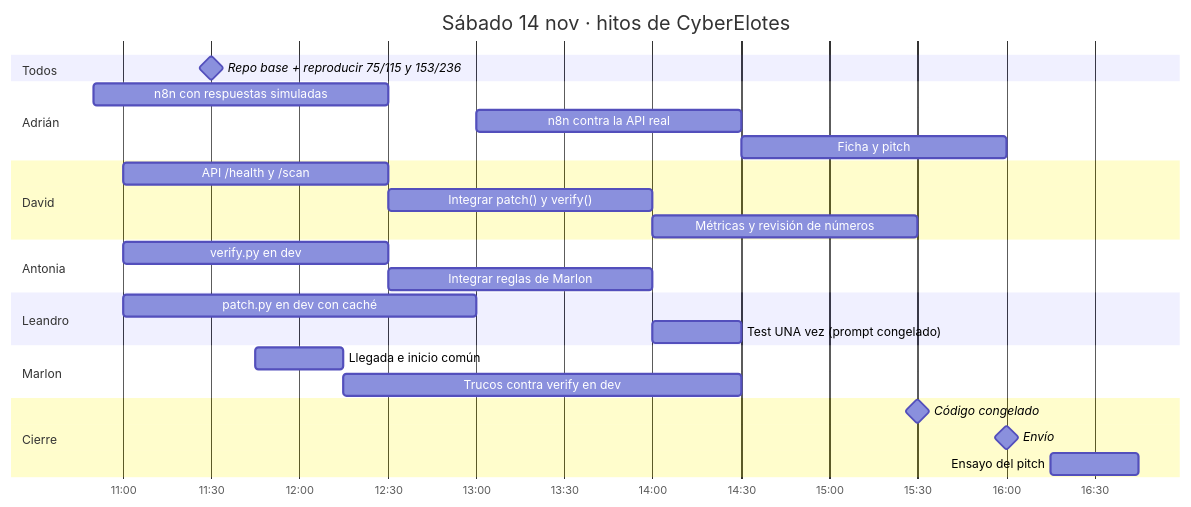
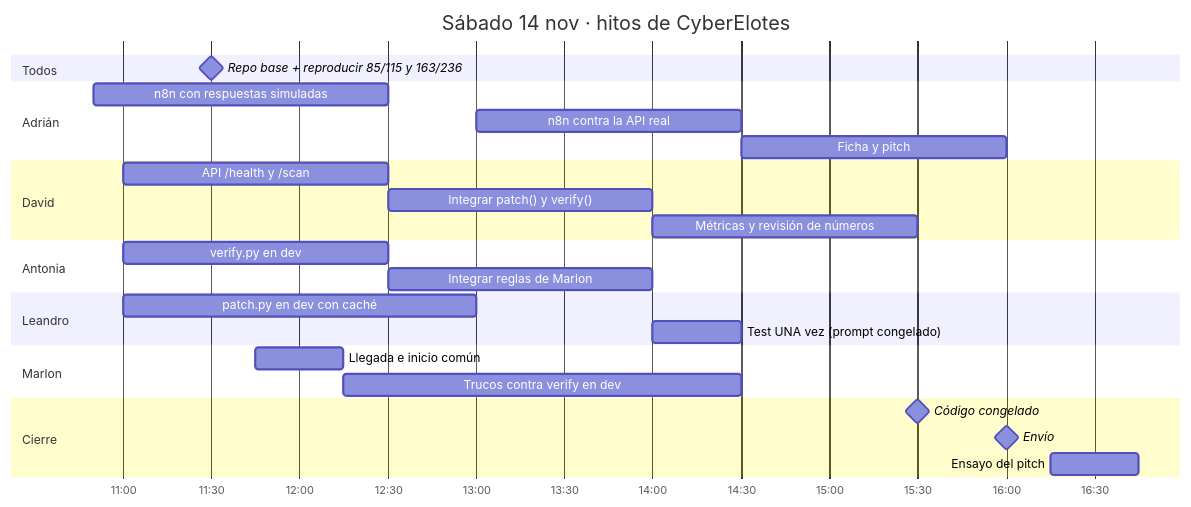
Before and after one commit to da600vo/DeffAcc: the diagram in docs/4_cronograma.mmd, drawn with Mermaid. The commit also changed 12 other files, not shown here.

```diff
--- a/docs/4_cronograma.mmd
+++ b/docs/4_cronograma.mmd
@@ -1,28 +1,28 @@
 gantt
   title Sábado 14 nov · hitos de CyberElotes
   dateFormat HH:mm
   axisFormat %H:%M
   todayMarker off
   section Todos
-  Repo base + reproducir 75/115 y 153/236 :milestone, 11:30, 0m
+  Repo base + reproducir 85/115 y 163/236 :milestone, 11:30, 0m
   section Adrián
   n8n con respuestas simuladas      :a1, 10:50, 100m
   n8n contra la API real            :a2, 13:00, 90m
   Ficha y pitch                     :a3, 14:30, 90m
   section David
   API /health y /scan               :d1, 11:00, 90m
   Integrar patch() y verify()       :d2, 12:30, 90m
   Métricas y revisión de números    :d3, 14:00, 90m
   section Antonia
   verify.py en dev                  :v1, 11:00, 90m
   Integrar reglas de Marlon         :v2, 12:30, 90m
   section Leandro
   patch.py en dev con caché         :p1, 11:00, 120m
   Test UNA vez (prompt congelado)   :p2, 14:00, 30m
   section Marlon
   Llegada e inicio común            :m1, 11:45, 30m
   Trucos contra verify en dev       :m2, 12:15, 135m
   section Cierre
   Código congelado                  :milestone, 15:30, 0m
   Envío                             :milestone, 16:00, 0m
   Ensayo del pitch                  :e1, 16:15, 30m
```
